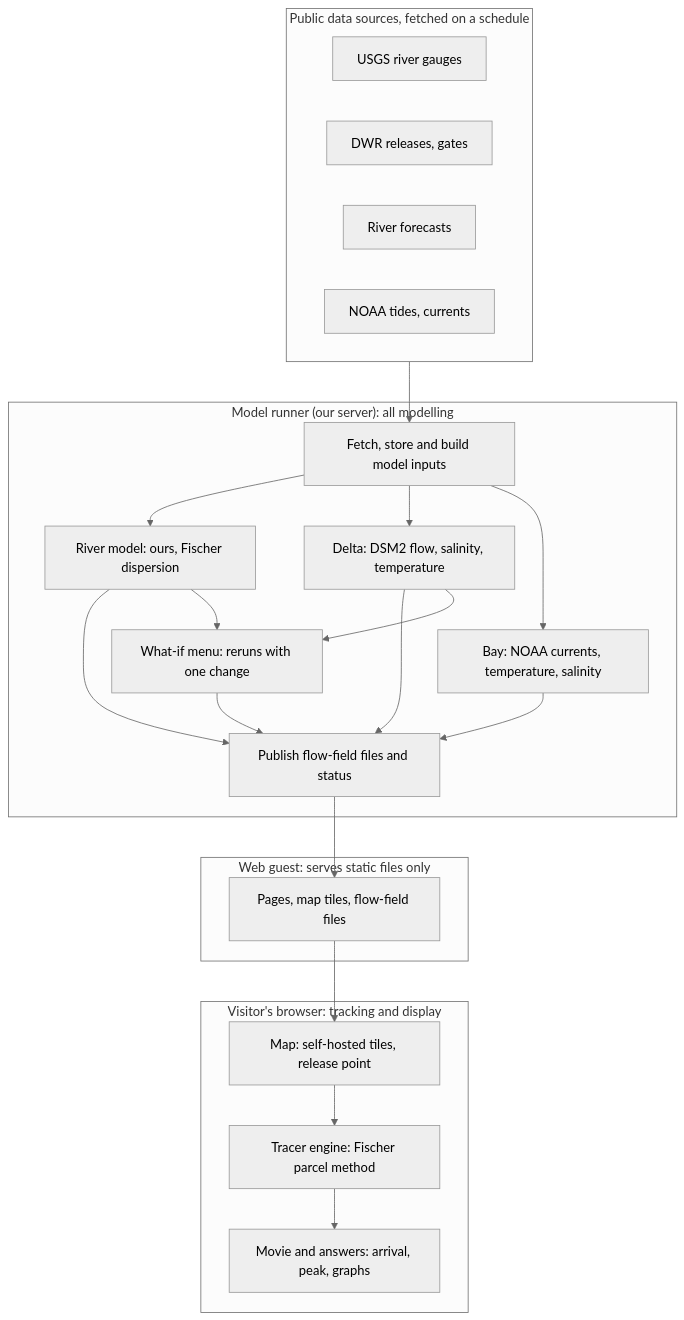
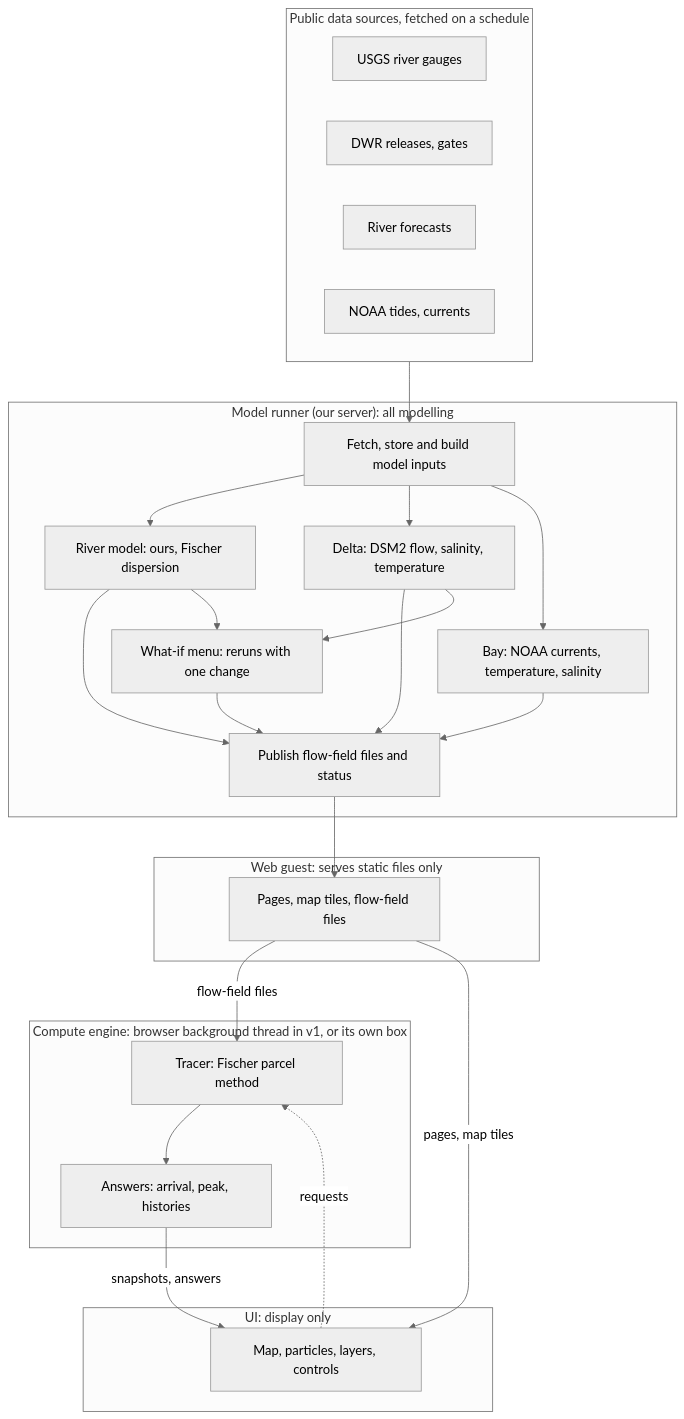
One commit to gavinfischer-keenan/FischerDeltaModelReturns changed the diagram in docs/specification.md. Above: the diagram before and after it, drawn with Mermaid (neutral theme). The commit also changed other lines of this file, not shown here.

First line of the commit message:
Spec: UI/compute separation, code standards, and close all proposals

````diff
--- a/docs/specification.md
+++ b/docs/specification.md
@@ -226,35 +227,40 @@
 ```mermaid
 flowchart TB
   subgraph SRC["Public data sources, fetched on a schedule"]
     A1["USGS river gauges"]
     A2["DWR releases, gates"]
     A3["River forecasts"]
     A4["NOAA tides, currents"]
   end
   subgraph RUN["Model runner (our server): all modelling"]
     B1["Fetch, store and build model inputs"]
     B2["River model: ours, Fischer dispersion"]
     B3["Delta: DSM2 flow, salinity, temperature"]
     B4["Bay: NOAA currents, temperature, salinity"]
     B6["What-if menu: reruns with one change"]
     B5["Publish flow-field files and status"]
     B1 --> B2 --> B5
     B1 --> B3 --> B5
     B1 --> B4 --> B5
     B2 --> B6
     B3 --> B6
     B6 --> B5
   end
   subgraph WEB["Web guest: serves static files only"]
     C1["Pages, map tiles, flow-field files"]
   end
-  subgraph BRW["Visitor's browser: tracking and display"]
-    D1["Map: self-hosted tiles, release point"]
-    D2["Tracer engine: Fischer parcel method"]
-    D3["Movie and answers: arrival, peak, graphs"]
-    D1 --> D2 --> D3
+  subgraph CMP["Compute engine: browser background thread in v1, or its own box"]
+    D2["Tracer: Fischer parcel method"]
+    D3["Answers: arrival, peak, histories"]
+    D2 --> D3
+  end
+  subgraph UI["UI: display only"]
+    D1["Map, particles, layers, controls"]
   end
   SRC --> B1
   B5 --> C1
-  C1 --> D1
+  C1 -- "flow-field files" --> D2
+  C1 -- "pages, map tiles" --> D1
+  D1 -. "requests" .-> D2
+  D3 -- "snapshots, answers" --> D1
 ```
````
